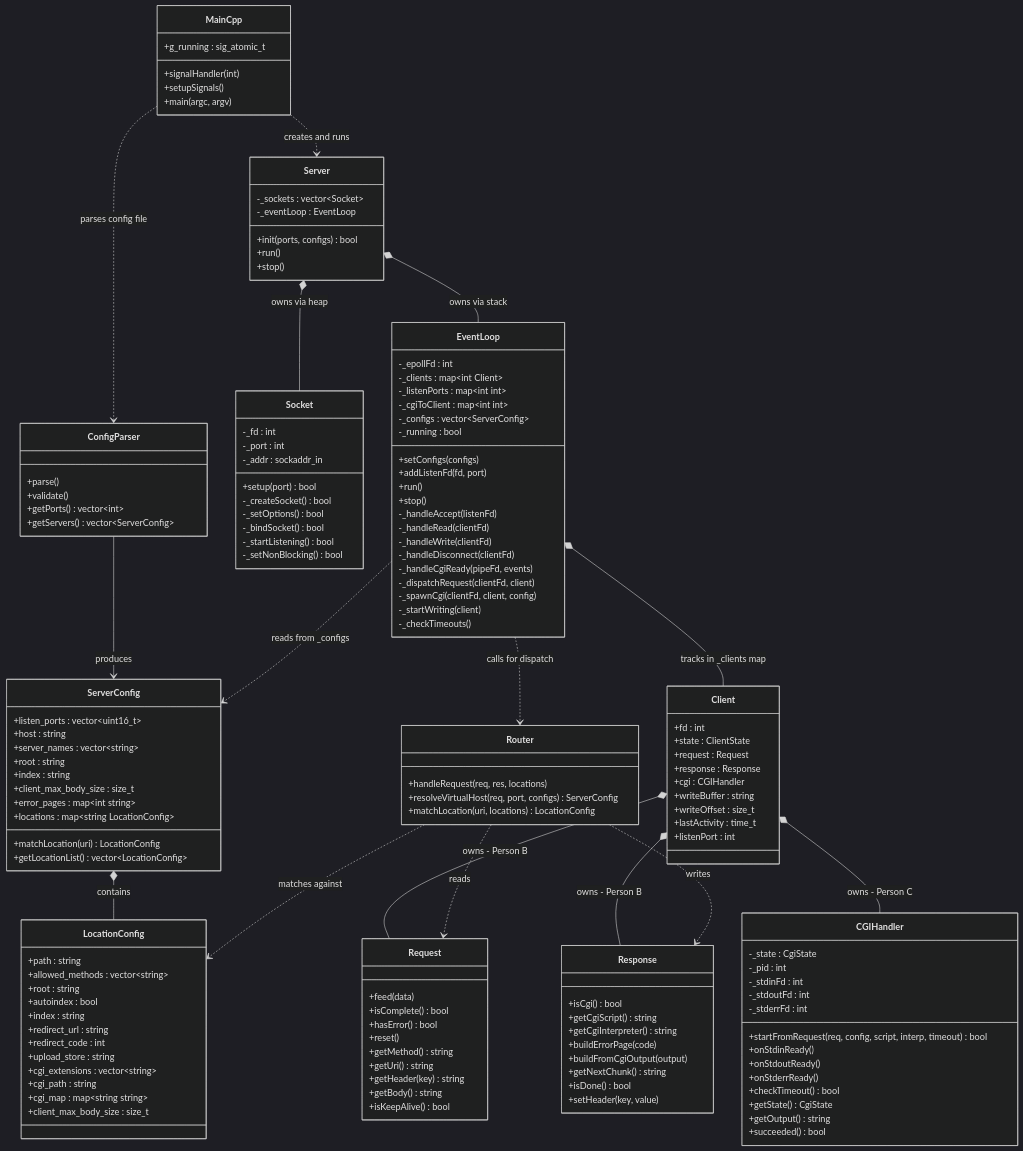
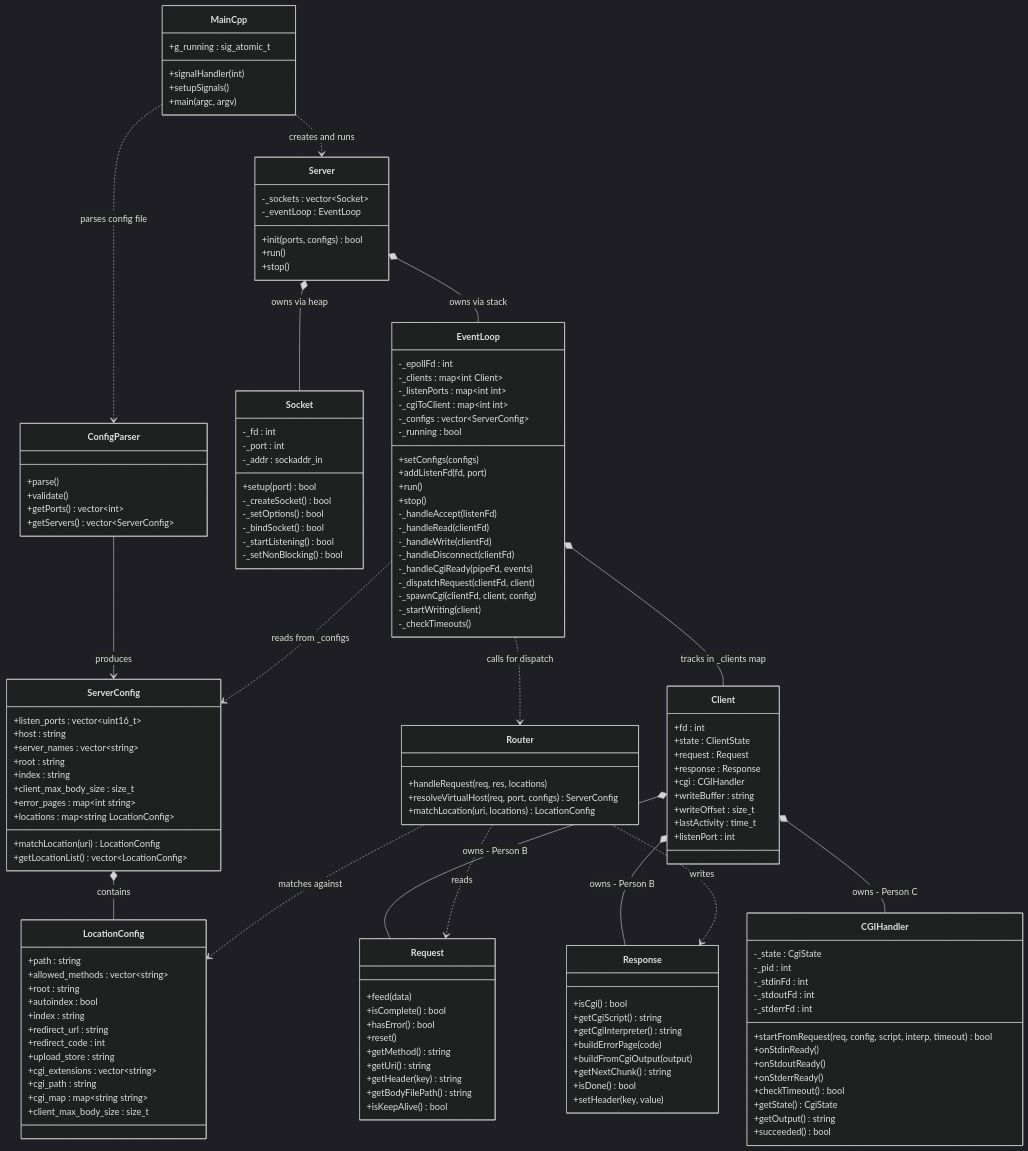
The first of 7 diagrams in README/personAtmp/architecture_and_flow_diagrams.md (aziddineelm/Webserv), drawn with Mermaid (dark theme) before and after one commit. The commit also changed 6 other files, not shown here.

```diff
--- a/README/personAtmp/architecture_and_flow_diagrams.md
+++ b/README/personAtmp/architecture_and_flow_diagrams.md
@@ -134,7 +134,7 @@
         +getMethod() string
         +getUri() string
         +getHeader(key) string
-        +getBody() string
+        +getBodyFilePath() string
         +isKeepAlive() bool
     }
 
```
